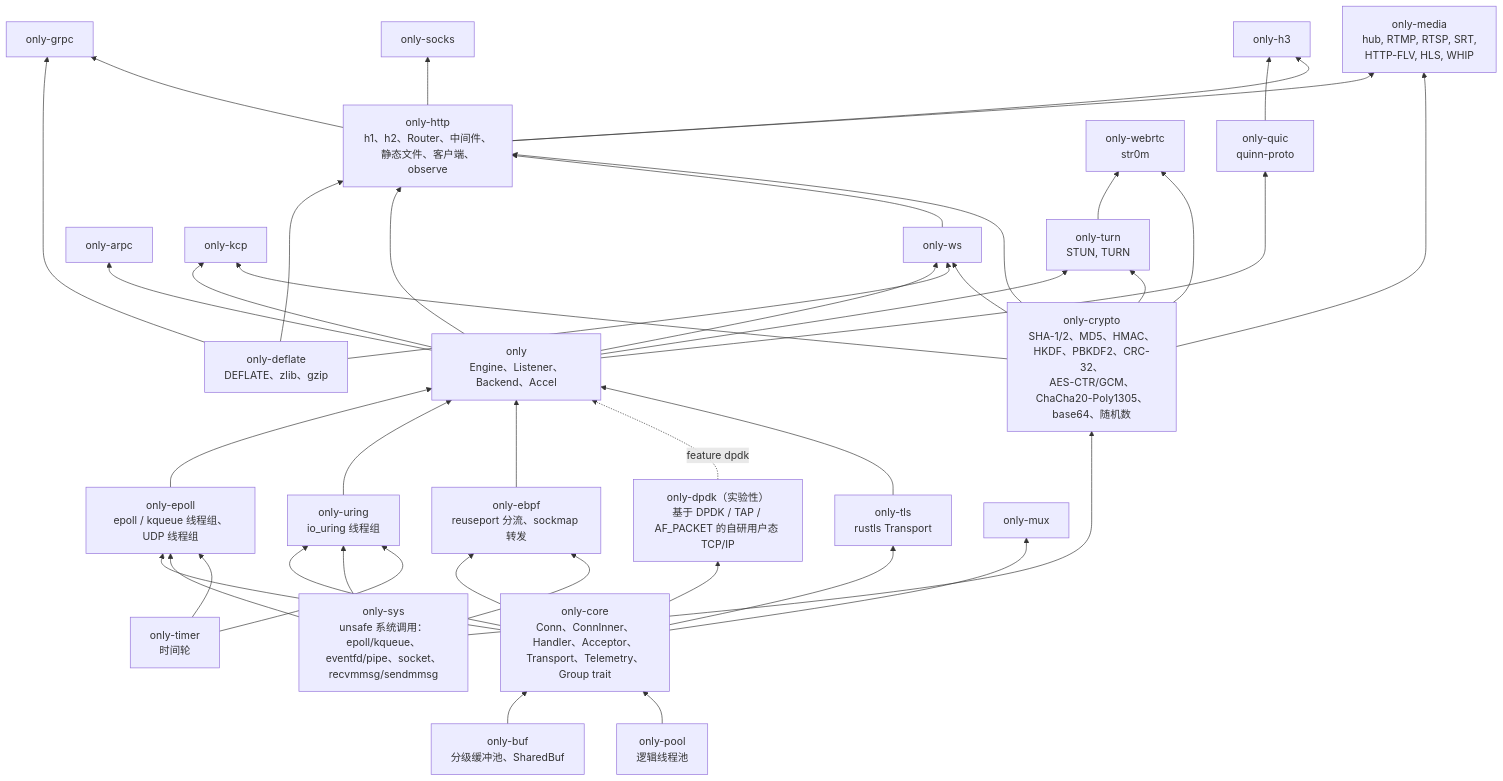
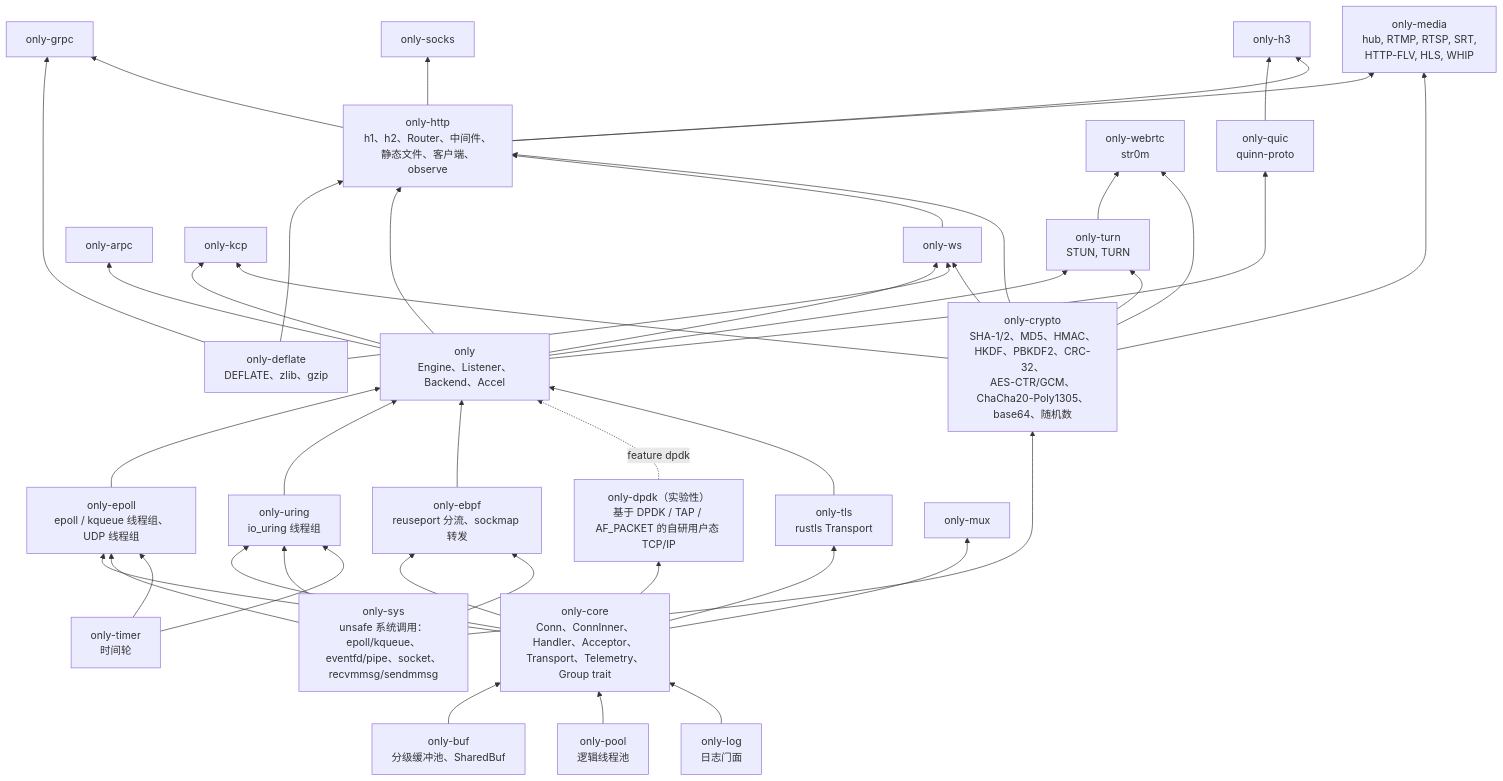
The first of 6 diagrams in docs/architecture.zh-CN.md (lesismal/akio), drawn with Mermaid before and after one commit. The commit also changed 59 other files, not shown here.

First line of the commit message:
feat!: only-log, own logging facade replacing log (DEV-PLAN wave B)

````diff
--- a/docs/architecture.zh-CN.md
+++ b/docs/architecture.zh-CN.md
@@ -12,70 +12,72 @@
 ```mermaid
 flowchart BT
     sys["only-sys<br/>unsafe 系统调用：epoll/kqueue、<br/>eventfd/pipe、socket、recvmmsg/sendmmsg"]
     crypto["only-crypto<br/>SHA-1/2、MD5、HMAC、HKDF、PBKDF2、CRC-32、<br/>AES-CTR/GCM、ChaCha20-Poly1305、base64、随机数"]
     buf["only-buf<br/>分级缓冲池、SharedBuf"]
     timer["only-timer<br/>时间轮"]
     deflate["only-deflate<br/>DEFLATE、zlib、gzip"]
+    logc["only-log<br/>日志门面"]
     pool["only-pool<br/>逻辑线程池"]
     core["only-core<br/>Conn、ConnInner、Handler、Acceptor、<br/>Transport、Telemetry、Group trait"]
     epoll["only-epoll<br/>epoll / kqueue 线程组、UDP 线程组"]
     uring["only-uring<br/>io_uring 线程组"]
     ebpf["only-ebpf<br/>reuseport 分流、sockmap 转发"]
     dpdk["only-dpdk（实验性）<br/>基于 DPDK / TAP / AF_PACKET 的自研用户态 TCP/IP"]
     tls["only-tls<br/>rustls Transport"]
     facade["only<br/>Engine、Listener、Backend、Accel"]
     http["only-http<br/>h1、h2、Router、中间件、<br/>静态文件、客户端、observe"]
     ws[only-ws]
     grpc[only-grpc]
     arpc[only-arpc]
     socks[only-socks]
     mux[only-mux]
     quic["only-quic<br/>quinn-proto"]
     h3[only-h3]
     kcp[only-kcp]
     turn["only-turn<br/>STUN, TURN"]
     webrtc["only-webrtc<br/>str0m"]
     media["only-media<br/>hub, RTMP, RTSP, SRT,<br/>HTTP-FLV, HLS, WHIP"]
 
     buf --> core
     pool --> core
+    logc --> core
     core --> epoll
     sys --> epoll
     timer --> epoll
     core --> uring
     sys --> uring
     timer --> uring
     core --> ebpf
     core --> dpdk
     sys --> ebpf
     core --> tls
     epoll --> facade
     uring --> facade
     ebpf --> facade
     dpdk -.->|feature dpdk| facade
     tls --> facade
     facade --> ws
     deflate --> ws
     deflate --> http
     deflate --> grpc
     facade --> http
     ws --> http
     http --> grpc
     facade --> arpc
     http --> socks
     core --> mux
     facade --> quic
     quic --> h3
     http --> h3
     facade --> kcp
     facade --> turn
     turn --> webrtc
     http --> media
     sys --> crypto
     crypto --> ws
     crypto --> http
     crypto --> kcp
     crypto --> turn
     crypto --> webrtc
     crypto --> media
 ```
````
